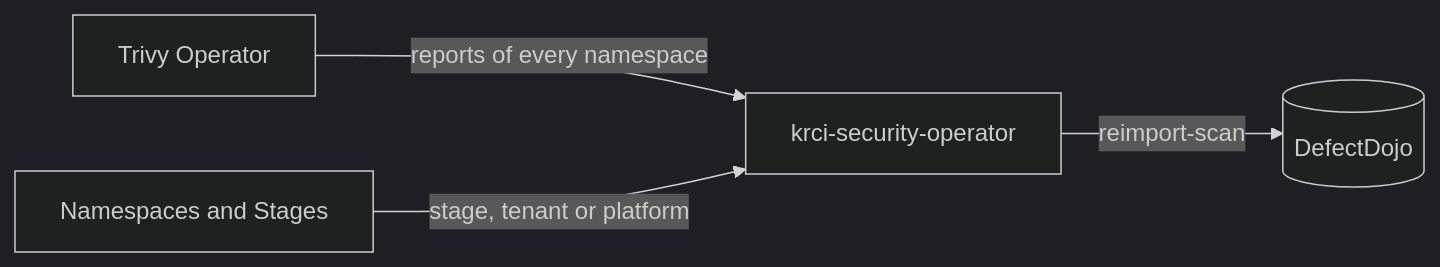
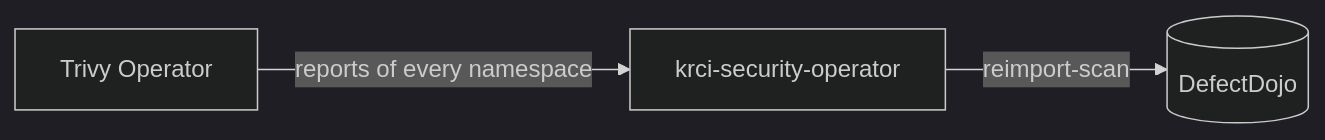
The diagram in README.md (KubeRocketCI/krci-security-operator), drawn with Mermaid (dark theme) before and after one commit. The commit also changed other lines of this file and 26 other files, not shown here.

````diff
--- a/README.md
+++ b/README.md
@@ -7,6 +7,5 @@
 ```mermaid
 flowchart LR
     T[Trivy Operator] -->|reports of every namespace| O[krci-security-operator]
-    K[Namespaces and Stages] -->|stage, tenant or platform| O
     O -->|reimport-scan| D[(DefectDojo)]
 ```
````
